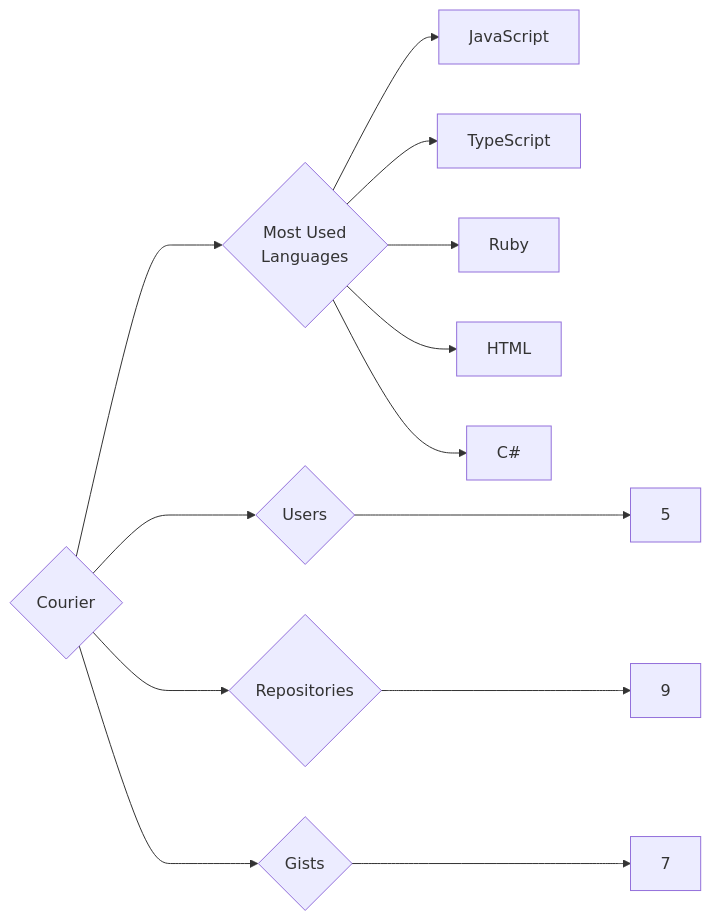
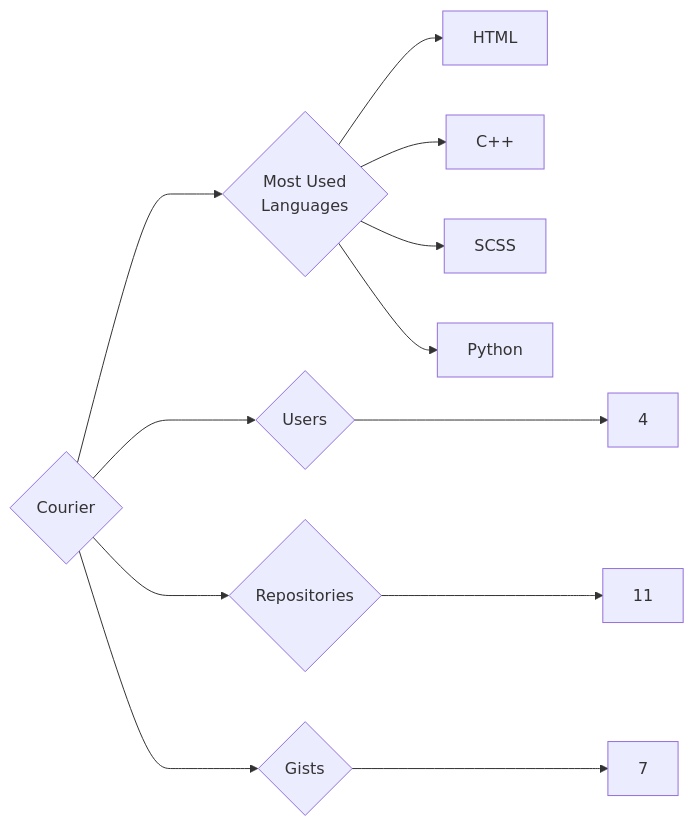
One commit to trickest/insiders changed the diagram in targets/Courier/README.md. Above: the diagram before and after it, drawn with Mermaid. The commit also changed 1078 other files, not shown here.

````diff
--- a/targets/Courier/README.md
+++ b/targets/Courier/README.md
@@ -3,13 +3,12 @@
 ```mermaid
 graph LR
 COMPANY_NAME{Courier}
-COMPANY_NAME ---> U{Users} ---> UN[5]
-COMPANY_NAME ---> R{Repositories} ---> RN[9]
+COMPANY_NAME ---> U{Users} ---> UN[4]
+COMPANY_NAME ---> R{Repositories} ---> RN[11]
 COMPANY_NAME ---> G{Gists} ---> GN[7]
 COMPANY_NAME ---> ML{Most Used<br>Languages}
-ML --> JavaScript[JavaScript]
-ML --> TypeScript[TypeScript]
-ML --> Ruby[Ruby]
 ML --> HTML[HTML]
-ML --> C#[C#]
+ML --> C++[C++]
+ML --> SCSS[SCSS]
+ML --> Python[Python]
 ```
````
